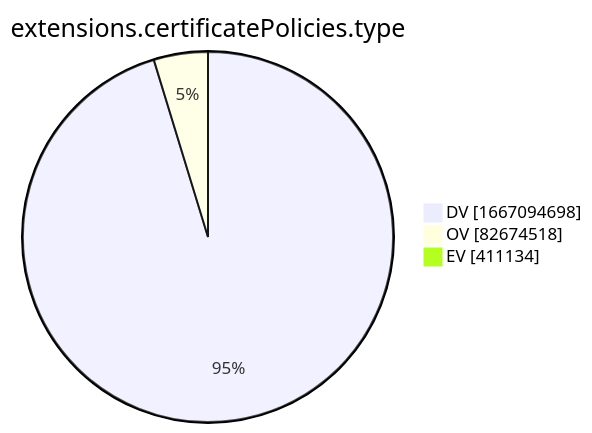
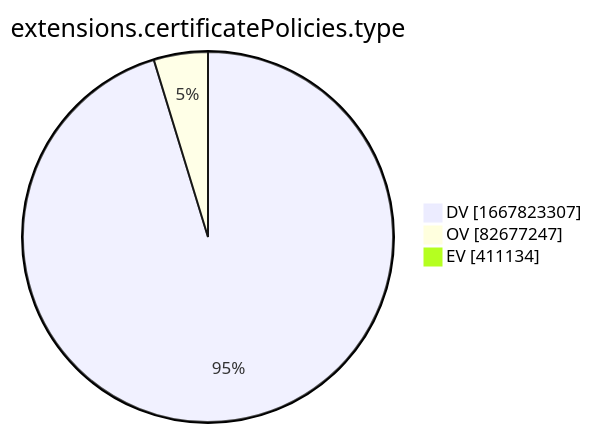
Before and after one commit to christiankrug/ctmonitor_visualization: the tenth of 15 diagrams in xenon2022/README.md, drawn with Mermaid. The commit also changed other lines of this file, not shown here.

````diff
--- a/xenon2022/README.md
+++ b/xenon2022/README.md
@@ -2880,7 +2880,7 @@
 ```mermaid
 pie showData
 title extensions.certificatePolicies.type
-"DV" :1667094698
-"OV" :82674518
+"DV" :1667823307
+"OV" :82677247
 "EV" :411134
 ```
````
